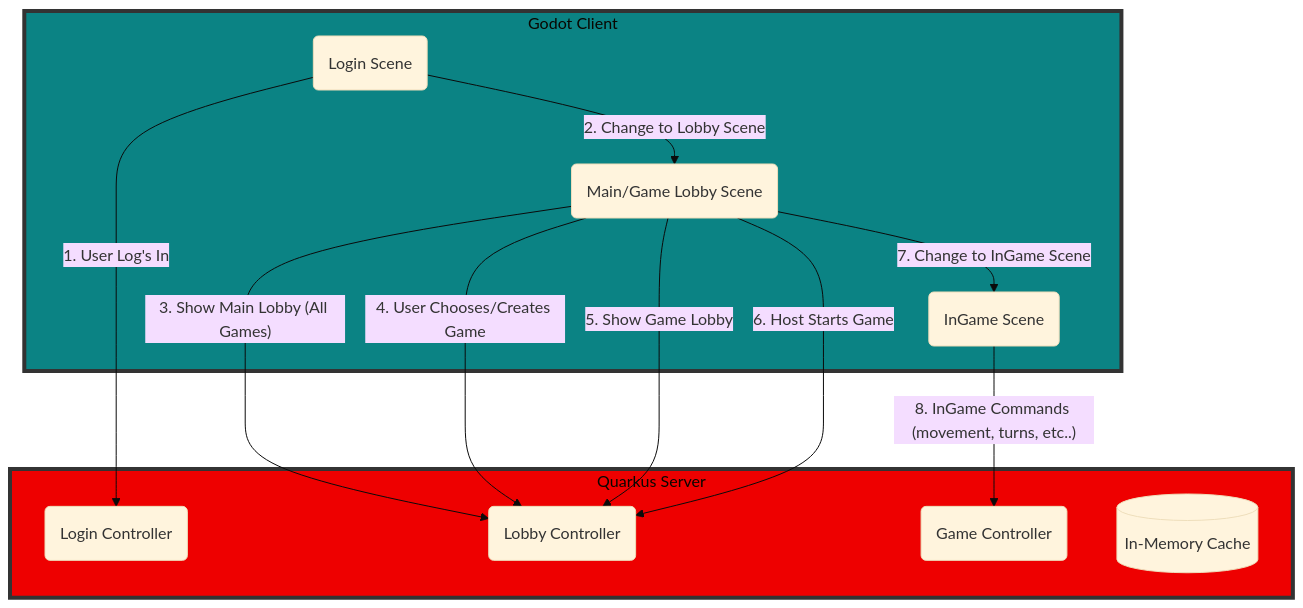
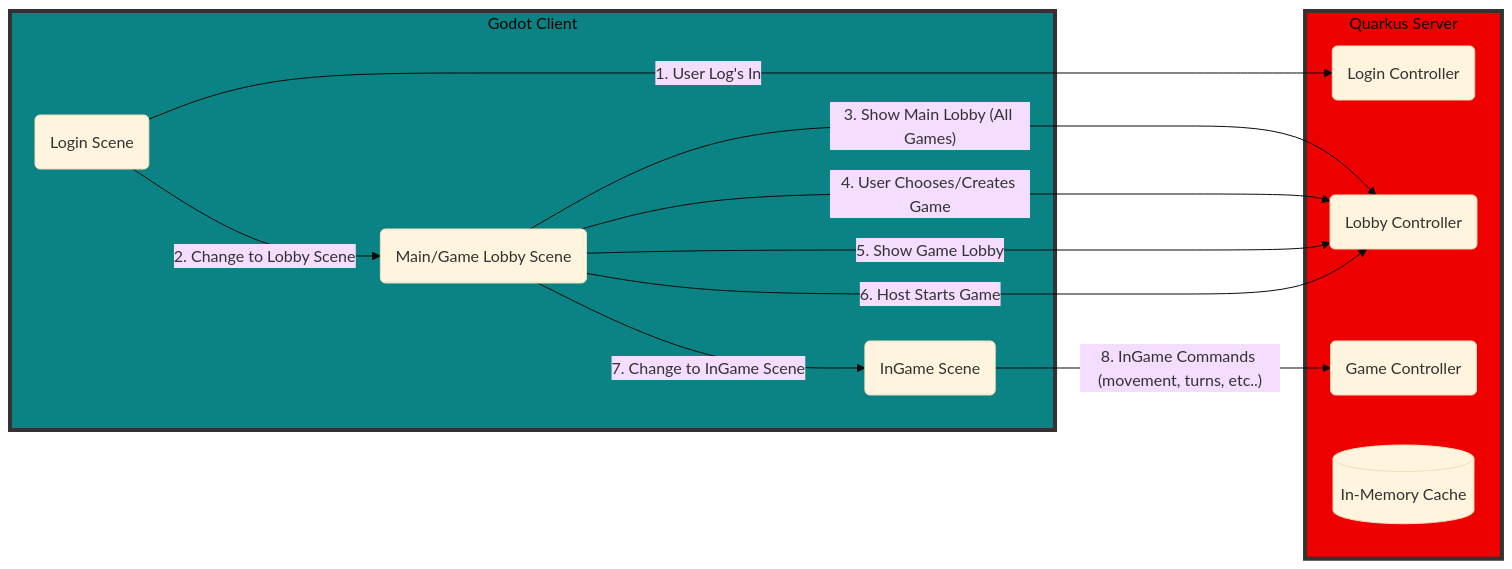
The diagram in _posts/2022-12-11-godot-quarkus-deployment.md (Jaland/jaland.github.io), drawn with Mermaid (base theme) before and after one commit.

Commit message:
Change graph flow

````diff
--- a/_posts/2022-12-11-godot-quarkus-deployment.md
+++ b/_posts/2022-12-11-godot-quarkus-deployment.md
@@ -37,27 +37,27 @@
 ```mermaid
 
-flowchart TD
+flowchart LR
     subgraph gc[Godot Client]
     gLogin(Login Scene)
     gLobby(Main/Game Lobby Scene)
     gGame(InGame Scene)
     end
     subgraph qs[Quarkus Server]
     qLogin(Login Controller)
     qLobby(Lobby Controller)
     qGame(Game Controller)
     cache[(In-Memory Cache)]
     end
     
     gLogin --1. User Log's In --> qLogin
     gLogin --2. Change to Lobby Scene --> gLobby
     gLobby -- "3. Show Main Lobby (All Games)" --> qLobby
     gLobby -- 4. User Chooses/Creates Game --> qLobby
     gLobby -- 5. Show Game Lobby --> qLobby
     gLobby -- 6. Host Starts Game --> qLobby
     gLobby -- 7. Change to InGame Scene --> gGame
     gGame -- "8. InGame Commands (movement, turns, etc..)" --> qGame
 
     style gc fill:#0B8384,stroke:#333,stroke-width:4px
     style qs fill:#EE0000,stroke:#333,stroke-width:4px
 ```
````
